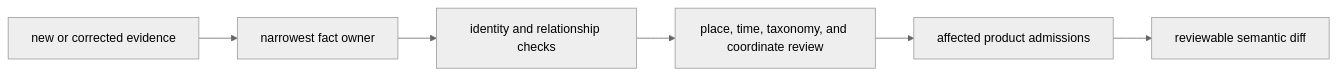
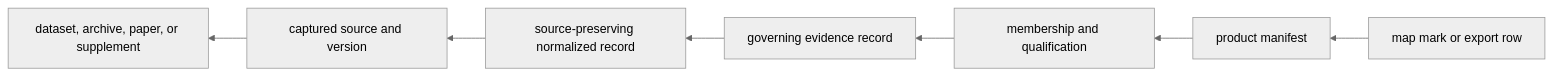
Before and after one commit to bijux/bijux-pollenomics: the second of 2 diagrams in docs/public/pollenomics-data/overview/data-system-overview.md, drawn with Mermaid (neutral theme). The commit also changed other lines of this file and 2 other files, not shown here.

Commit message:
docs(data): expose evidence populations and lineage

````diff
--- a/docs/public/pollenomics-data/overview/data-system-overview.md
+++ b/docs/public/pollenomics-data/overview/data-system-overview.md
@@ -123,8 +124,9 @@
 ```mermaid
-flowchart LR
-    Proposal["new or corrected evidence"] --> Owner["narrowest fact owner"]
-    Owner --> Relations["identity and relationship checks"]
-    Relations --> Claims["place, time, taxonomy, and coordinate review"]
-    Claims --> Products["affected product admissions"]
-    Products --> Diff["reviewable semantic diff"]
+flowchart RL
+    Mark["map mark or export row"] --> Manifest["product manifest"]
+    Manifest --> Admission["membership and qualification"]
+    Admission --> Evidence["governing evidence record"]
+    Evidence --> Normalized["source-preserving normalized record"]
+    Normalized --> Capture["captured source and version"]
+    Capture --> Upstream["dataset, archive, paper, or supplement"]
 ```
````
